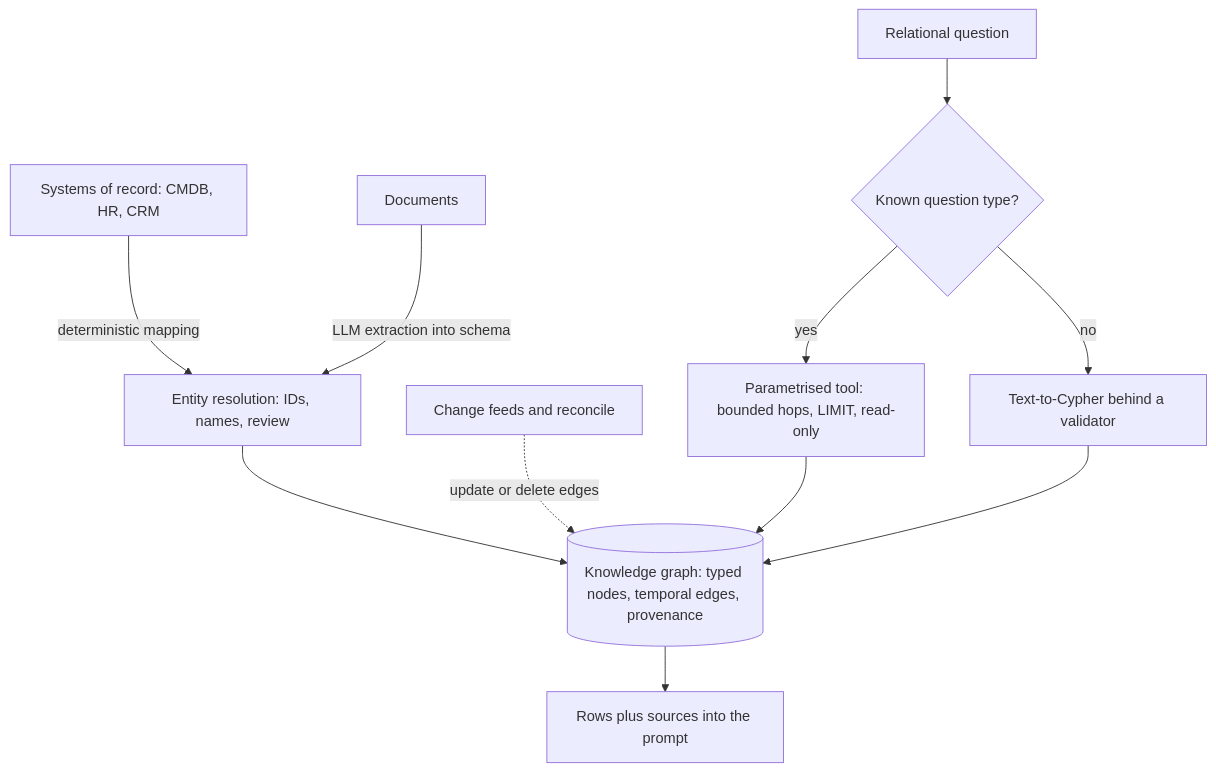
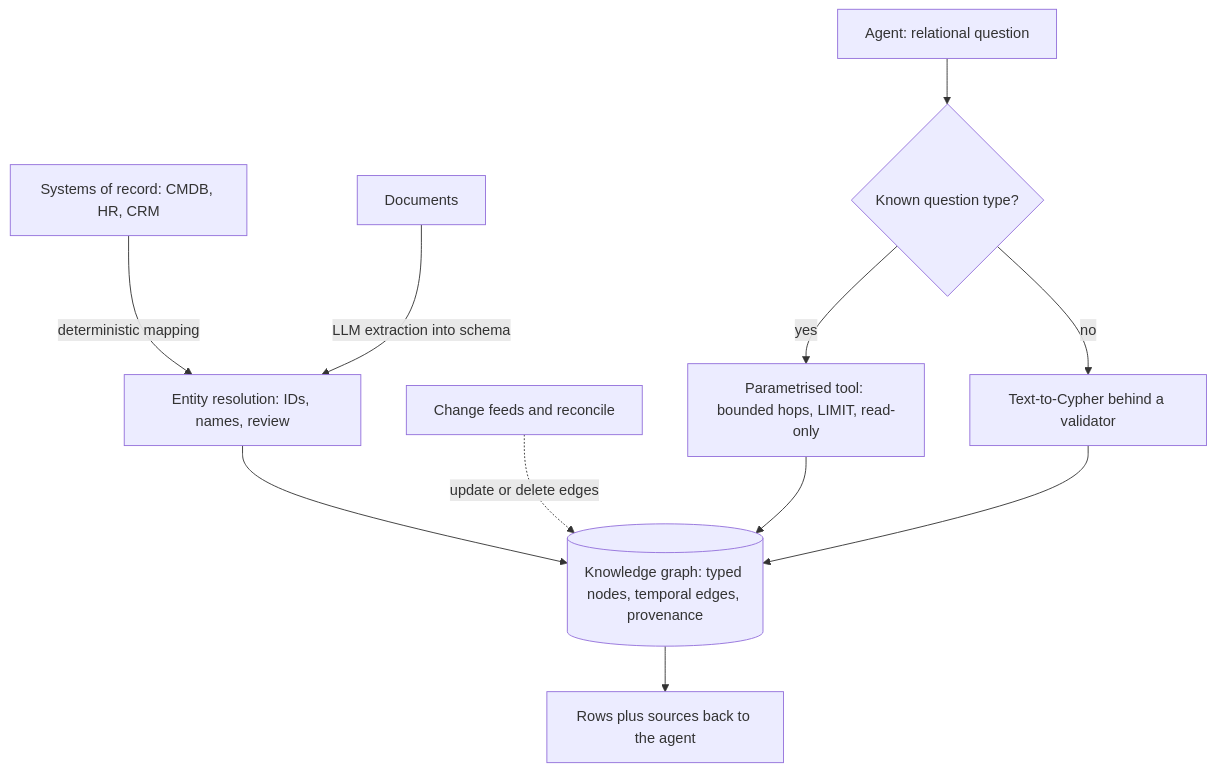
One commit to lovishmahajan97/agentic-learning changed the diagram in content/rag-retrieval/knowledge-graphs.md. Above: the diagram before and after it, drawn with Mermaid. The commit also changed other lines of this file and 266 other files, not shown here.

````diff
--- a/content/rag-retrieval/knowledge-graphs.md
+++ b/content/rag-retrieval/knowledge-graphs.md
@@ -98,13 +124,13 @@
 ```mermaid
 flowchart TD
     SR["Systems of record: CMDB, HR, CRM"] -->|"deterministic mapping"| ER["Entity resolution: IDs, names, review"]
     TX["Documents"] -->|"LLM extraction into schema"| ER
     ER --> KG[("Knowledge graph: typed nodes, temporal edges, provenance")]
     CF["Change feeds and reconcile"] -.->|"update or delete edges"| KG
-    Q["Relational question"] --> T{"Known question type?"}
+    Q["Agent: relational question"] --> T{"Known question type?"}
     T -->|"yes"| PT["Parametrised tool: bounded hops, LIMIT, read-only"]
     T -->|"no"| TC["Text-to-Cypher behind a validator"]
     PT --> KG
     TC --> KG
-    KG --> A["Rows plus sources into the prompt"]
+    KG --> A["Rows plus sources back to the agent"]
 ```
````
